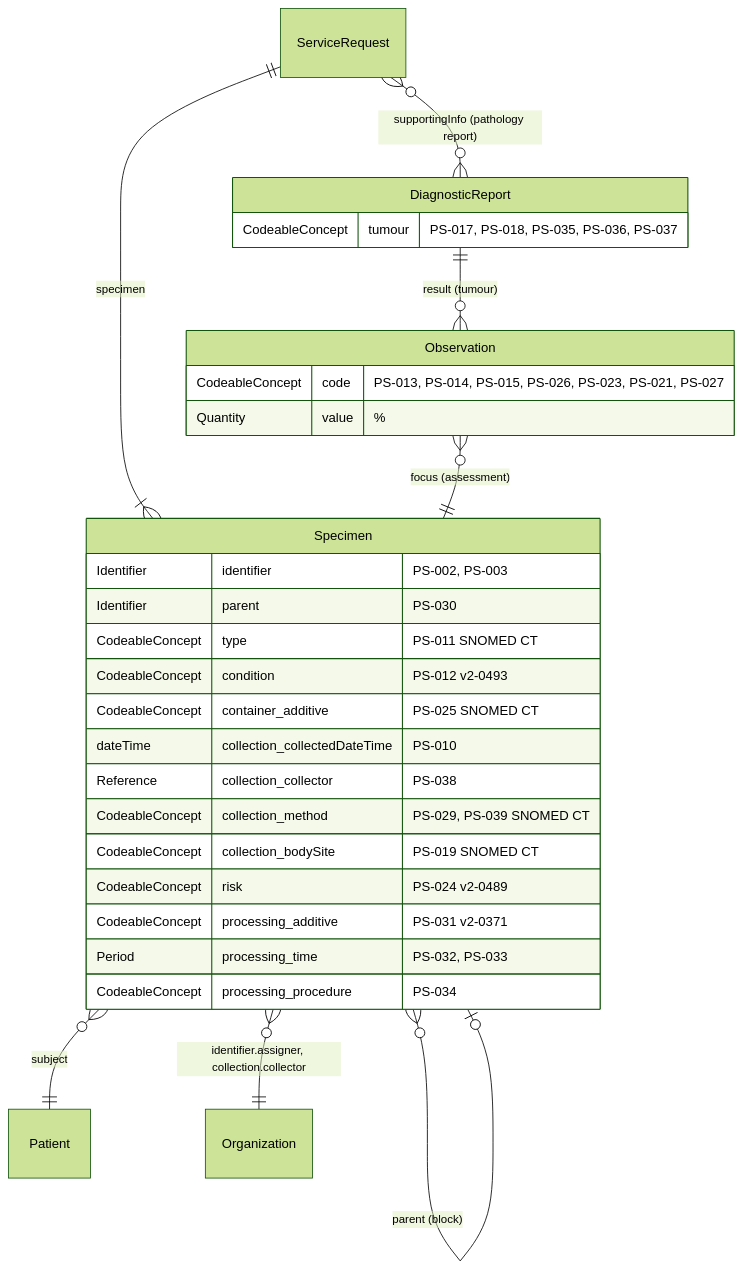
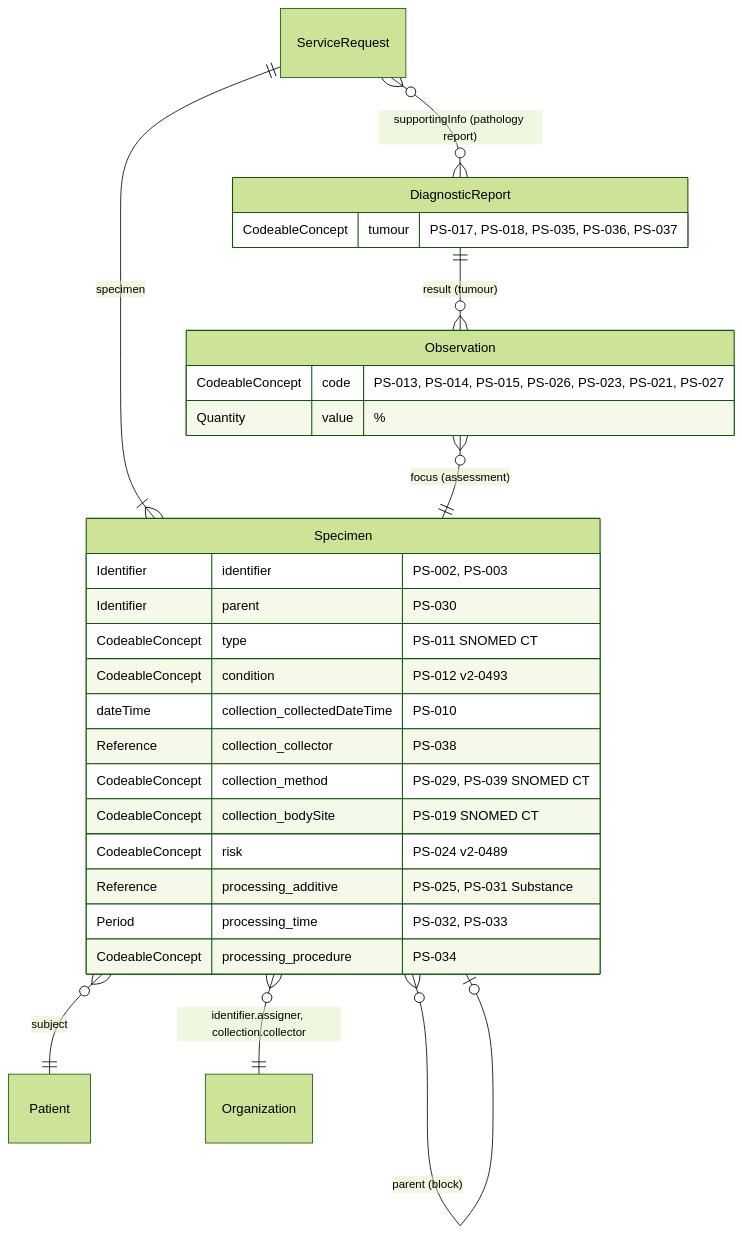
The diagram in input/pagecontent/StructureDefinition-PrimarySample-intro.md (nw-gmsa/nw-gmsa.github.com), drawn with Mermaid (forest theme) before and after one commit. The commit also changed 2 other files, not shown here.

Commit message:
Pathology reflex example: fill the MDS Primary sample gaps
Sections sent with block A3 as parent, buffered formalin as processing.additive (Substance-additive-eu-lab) and the collecting organisation RXN. Primary Sample: map preservative to processing.additive, as HL7 Europe Laboratory removes container.additive[x].

````diff
--- a/input/pagecontent/StructureDefinition-PrimarySample-intro.md
+++ b/input/pagecontent/StructureDefinition-PrimarySample-intro.md
@@ -33,33 +33,32 @@
 ```mermaid
 erDiagram
     ServiceRequest ||--|{ Specimen : specimen
     ServiceRequest }o--o{ DiagnosticReport : "supportingInfo (pathology report)"
     Specimen }o--|| Patient : subject
     Specimen }o--o| Specimen : "parent (block)"
     Specimen }o--|| Organization : "identifier.assigner, collection.collector"
     Observation }o--|| Specimen : "focus (assessment)"
     DiagnosticReport ||--o{ Observation : "result (tumour)"
 
     Specimen {
         Identifier identifier "PS-002, PS-003"
         Identifier parent "PS-030"
         CodeableConcept type "PS-011 SNOMED CT"
         CodeableConcept condition "PS-012 v2-0493"
-        CodeableConcept container_additive "PS-025 SNOMED CT"
         dateTime collection_collectedDateTime "PS-010"
         Reference collection_collector "PS-038"
         CodeableConcept collection_method "PS-029, PS-039 SNOMED CT"
         CodeableConcept collection_bodySite "PS-019 SNOMED CT"
         CodeableConcept risk "PS-024 v2-0489"
-        CodeableConcept processing_additive "PS-031 v2-0371"
+        Reference processing_additive "PS-025, PS-031 Substance"
         Period processing_time "PS-032, PS-033"
         CodeableConcept processing_procedure "PS-034"
     }
     Observation {
         CodeableConcept code "PS-013, PS-014, PS-015, PS-026, PS-023, PS-021, PS-027"
         Quantity value "%"
     }
     DiagnosticReport {
         CodeableConcept tumour "PS-017, PS-018, PS-035, PS-036, PS-037"
     }
 ```
````
